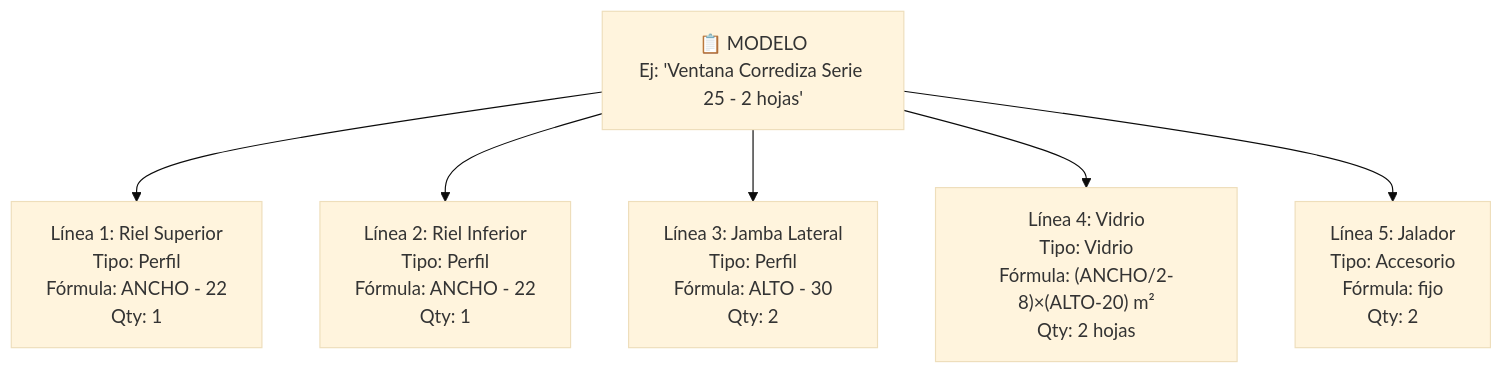
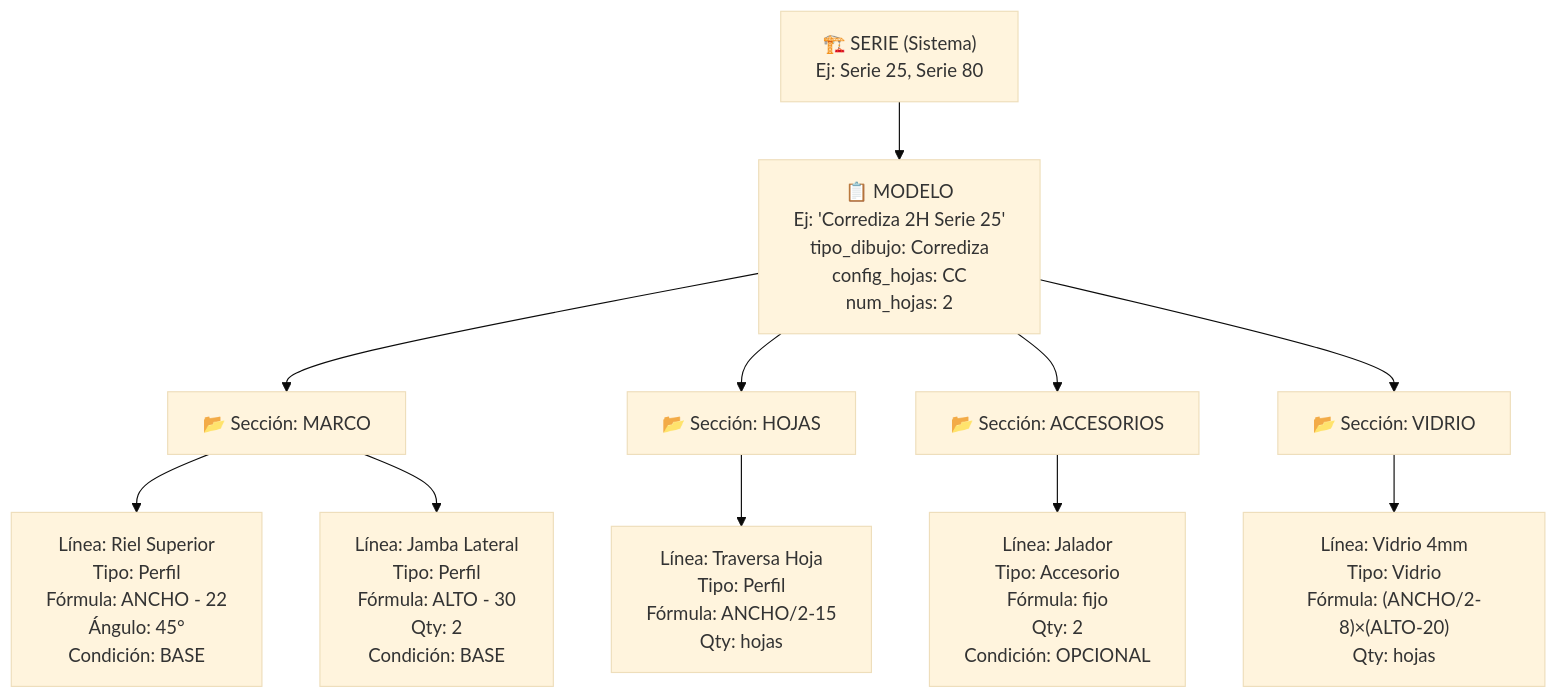
One commit to redentor159/sistema-erp-inventario changed the first of 6 diagrams in docs/tutoriales/T08_TUTORIAL_RECETAS.md. Above: the diagram before and after it, drawn with Mermaid (base theme). The commit also changed other lines of this file and 17 other files, not shown here.

````diff
--- a/docs/tutoriales/T08_TUTORIAL_RECETAS.md
+++ b/docs/tutoriales/T08_TUTORIAL_RECETAS.md
@@ -22,14 +22,14 @@
 ```mermaid
 graph TD
-    MOD["📋 MODELO<br/>Ej: 'Ventana Corrediza Serie 25 - 2 hojas'"] --> L1
-    MOD --> L2
-    MOD --> L3
-    MOD --> L4
-    MOD --> L5
-
-    L1["Línea 1: Riel Superior<br/>Tipo: Perfil<br/>Fórmula: ANCHO - 22<br/>Qty: 1"]
-    L2["Línea 2: Riel Inferior<br/>Tipo: Perfil<br/>Fórmula: ANCHO - 22<br/>Qty: 1"]
-    L3["Línea 3: Jamba Lateral<br/>Tipo: Perfil<br/>Fórmula: ALTO - 30<br/>Qty: 2"]
-    L4["Línea 4: Vidrio<br/>Tipo: Vidrio<br/>Fórmula: (ANCHO/2-8)×(ALTO-20) m²<br/>Qty: 2 hojas"]
-    L5["Línea 5: Jalador<br/>Tipo: Accesorio<br/>Fórmula: fijo<br/>Qty: 2"]
+    SYS["🏗️ SERIE (Sistema)<br/>Ej: Serie 25, Serie 80"] --> MOD
+    MOD["📋 MODELO<br/>Ej: 'Corrediza 2H Serie 25'<br/>tipo_dibujo: Corrediza<br/>config_hojas: CC<br/>num_hojas: 2"] --> SEC1["📂 Sección: MARCO"]
+    MOD --> SEC2["📂 Sección: HOJAS"]
+    MOD --> SEC3["📂 Sección: ACCESORIOS"]
+    MOD --> SEC4["📂 Sección: VIDRIO"]
+    
+    SEC1 --> L1["Línea: Riel Superior<br/>Tipo: Perfil<br/>Fórmula: ANCHO - 22<br/>Ángulo: 45°<br/>Condición: BASE"]
+    SEC1 --> L2["Línea: Jamba Lateral<br/>Tipo: Perfil<br/>Fórmula: ALTO - 30<br/>Qty: 2<br/>Condición: BASE"]
+    SEC2 --> L3["Línea: Traversa Hoja<br/>Tipo: Perfil<br/>Fórmula: ANCHO/2-15<br/>Qty: hojas"]
+    SEC3 --> L4["Línea: Jalador<br/>Tipo: Accesorio<br/>Fórmula: fijo<br/>Qty: 2<br/>Condición: OPCIONAL"]
+    SEC4 --> L5["Línea: Vidrio 4mm<br/>Tipo: Vidrio<br/>Fórmula: (ANCHO/2-8)×(ALTO-20)<br/>Qty: hojas"]
 ```
````
